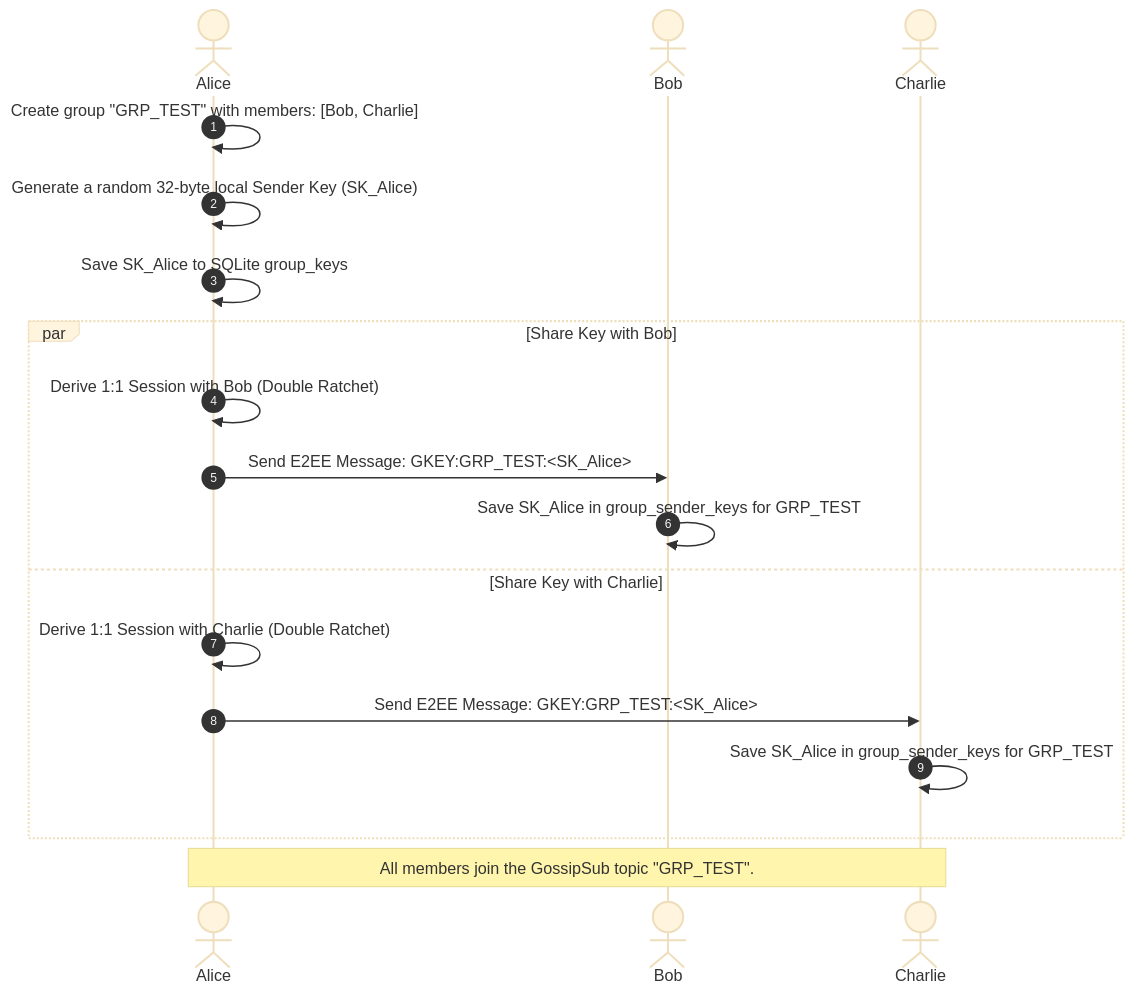
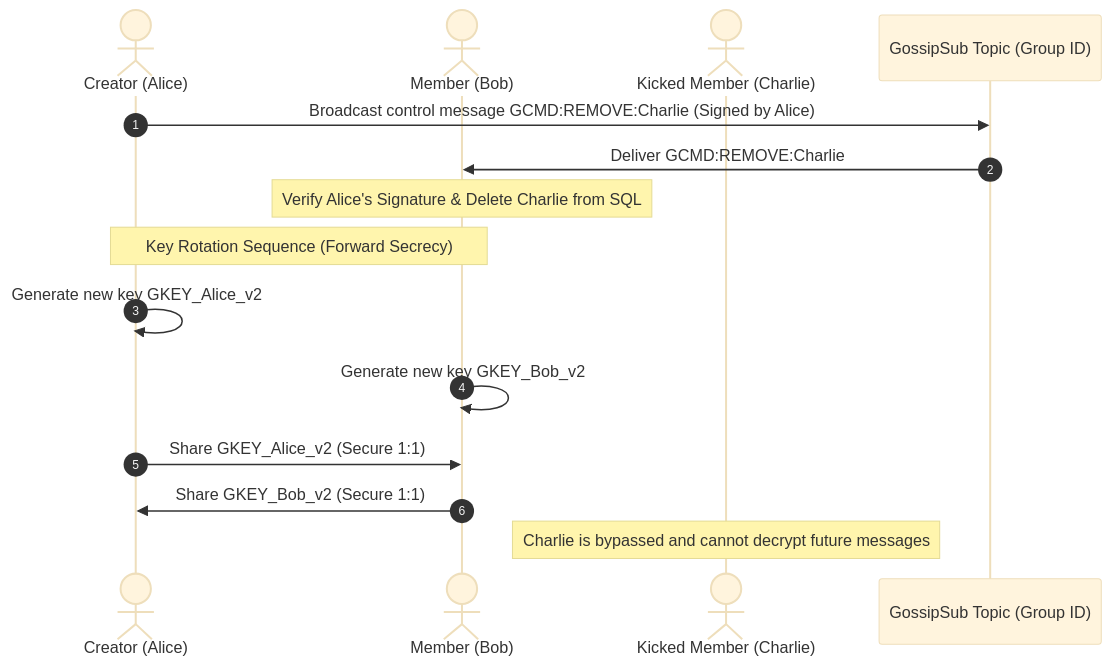
One commit to nicabreon/meshsage changed the eighth of 10 diagrams in architecture_diagrams.md. Above: the diagram before and after it, drawn with Mermaid (base theme). The commit also changed other lines of this file and 7 other files, not shown here.

````diff
--- a/architecture_diagrams.md
+++ b/architecture_diagrams.md
@@ -333,23 +388,20 @@
 ```mermaid
 sequenceDiagram
     autonumber
-    actor Alice as Alice
-    actor Bob as Bob
-    actor Charlie as Charlie
+    actor Creator as Creator (Alice)
+    actor Remaining as Member (Bob)
+    actor Kicked as Kicked Member (Charlie)
+    participant Swarm as GossipSub Topic (Group ID)
+
+    Creator->>Swarm: Broadcast control message GCMD:REMOVE:Charlie (Signed by Alice)
+    Swarm->>Remaining: Deliver GCMD:REMOVE:Charlie
+    Note over Remaining: Verify Alice's Signature & Delete Charlie from SQL
     
-    Alice->>Alice: Create group "GRP_TEST" with members: [Bob, Charlie]
-    Alice->>Alice: Generate a random 32-byte local Sender Key (SK_Alice)
-    Alice->>Alice: Save SK_Alice to SQLite group_keys
+    Note over Creator, Remaining: Key Rotation Sequence (Forward Secrecy)
+    Creator->>Creator: Generate new key GKEY_Alice_v2
+    Remaining->>Remaining: Generate new key GKEY_Bob_v2
     
-    par Share Key with Bob
-        Alice->>Alice: Derive 1:1 Session with Bob (Double Ratchet)
-        Alice->>Bob: Send E2EE Message: GKEY:GRP_TEST:<SK_Alice>
-        Bob->>Bob: Save SK_Alice in group_sender_keys for GRP_TEST
-    and Share Key with Charlie
-        Alice->>Alice: Derive 1:1 Session with Charlie (Double Ratchet)
-        Alice->>Charlie: Send E2EE Message: GKEY:GRP_TEST:<SK_Alice>
-        Charlie->>Charlie: Save SK_Alice in group_sender_keys for GRP_TEST
-    end
-    
-    Note over Alice, Charlie: All members join the GossipSub topic "GRP_TEST".
+    Creator->>Remaining: Share GKEY_Alice_v2 (Secure 1:1)
+    Remaining->>Creator: Share GKEY_Bob_v2 (Secure 1:1)
+    Note over Kicked: Charlie is bypassed and cannot decrypt future messages
 ```
````
